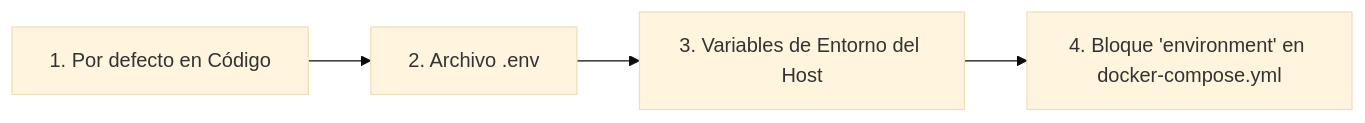
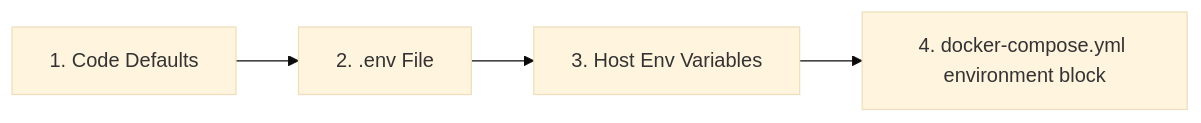
One commit to Librefolio/LibreFolio changed the diagram in mkdocs_src/docs/admin/docker_advanced.es.md. Above: the diagram before and after it, drawn with Mermaid (base theme). The commit also changed other lines of this file and 73 other files, not shown here.

````diff
--- a/mkdocs_src/docs/admin/docker_advanced.es.md
+++ b/mkdocs_src/docs/admin/docker_advanced.es.md
@@ -48,9 +68,9 @@
 ```mermaid
 graph LR
-    CodeDefaults[1. Por defecto en Código] --> EnvFile[2. Archivo .env]
-    HostShell[3. Variables de Entorno del Host]
-    DockerCompose[4. Bloque 'environment' en docker-compose.yml]
+ CodeDefaults[1. Code Defaults] --> EnvFile[2. .env File]
+ HostShell[3. Host Env Variables]
+ DockerCompose[4. docker-compose.yml environment block]
 
-    EnvFile --> HostShell
-    HostShell --> DockerCompose
+ EnvFile --> HostShell
+ HostShell --> DockerCompose
 ```
````
